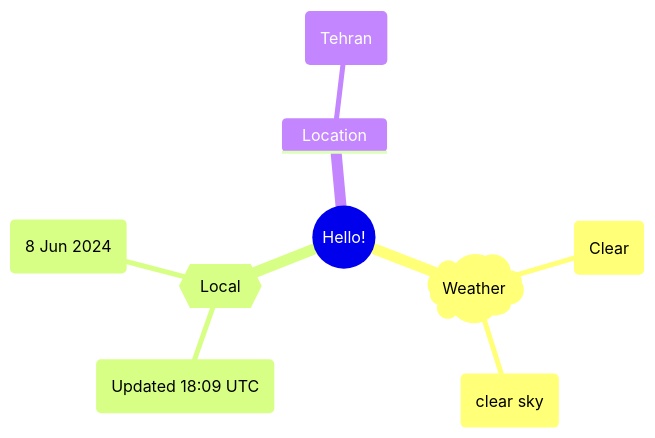
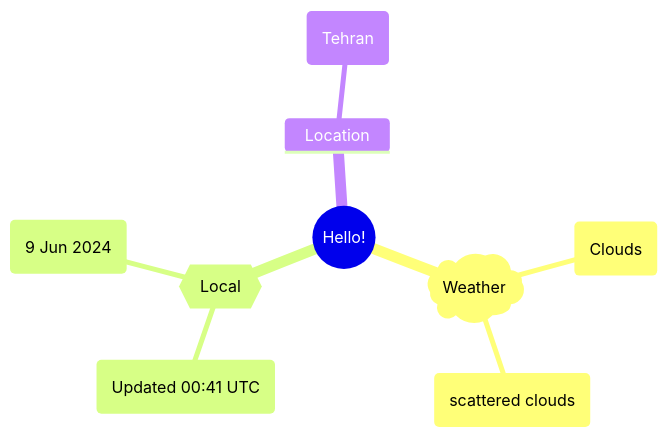
The first of 2 diagrams in README.md (Xosrov/Xosrov), drawn with Mermaid before and after one commit.

Commit message:
[bot] updated images

````diff
--- a/README.md
+++ b/README.md
@@ -3,12 +3,12 @@
 ```mermaid
 mindmap
   root((Hello!))
     )Weather(
-        (Clear)
-        (clear sky)
+        (Clouds)
+        (scattered clouds)
     {{Local}}
-        (Updated 18:09 UTC)
-        (8 Jun 2024)
+        (Updated 00:41 UTC)
+        (9 Jun 2024)
     Location
         (Tehran)
 ```
````
